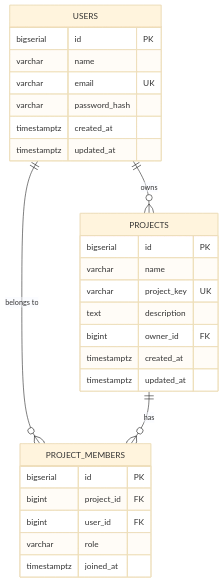
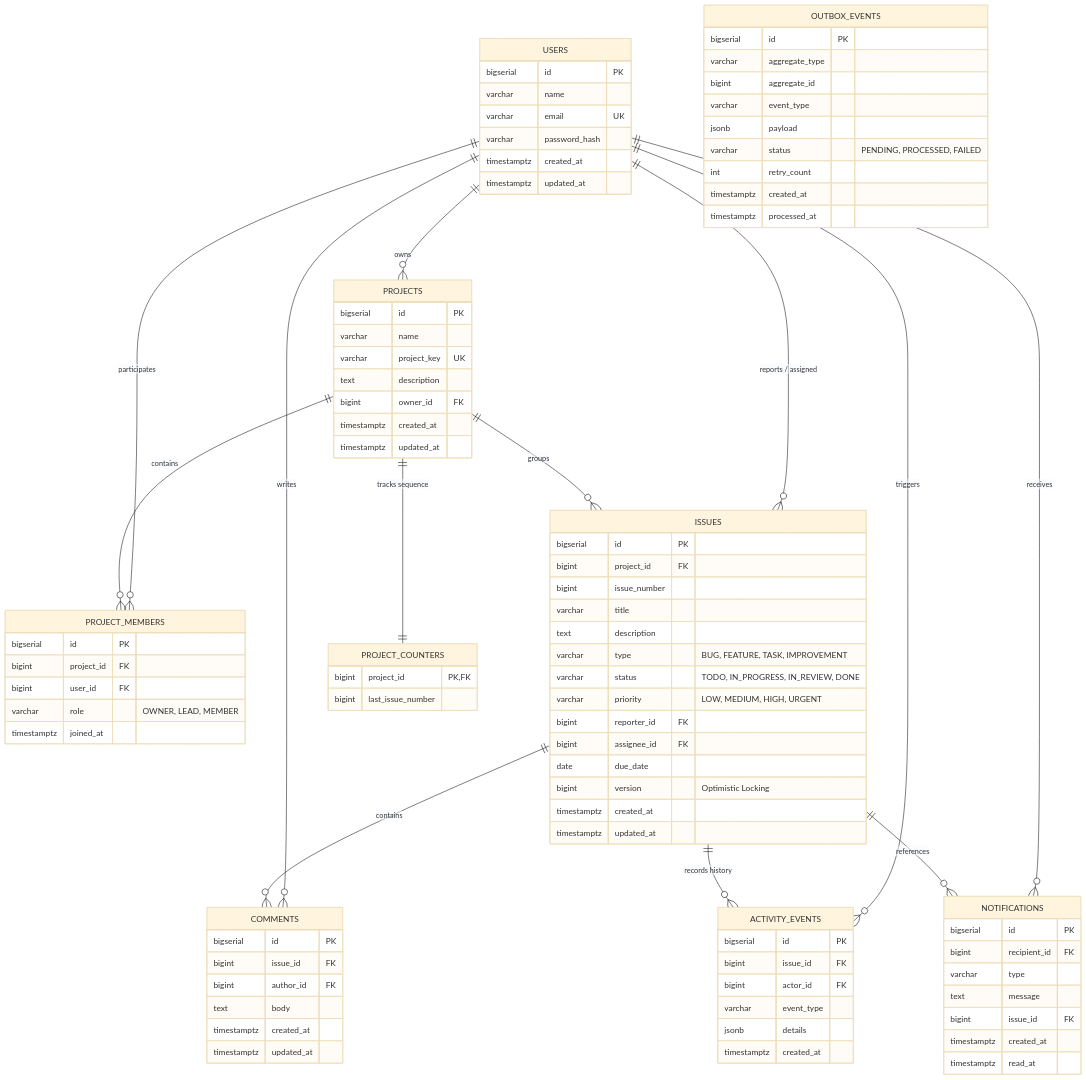
Before and after one commit to PrithviRajVerma/DevTrack: the second of 3 diagrams in README.md, drawn with Mermaid (base theme). The commit also changed other lines of this file, not shown here.

Commit message:
docs(readme): rewrite comprehensive root README with architecture, ERD, benchmarks, and API guides

````diff
--- a/README.md
+++ b/README.md
@@ -56,8 +79,19 @@
 ```mermaid
 erDiagram
     USERS ||--o{ PROJECTS : "owns"
-    USERS ||--o{ PROJECT_MEMBERS : "belongs to"
-    PROJECTS ||--o{ PROJECT_MEMBERS : "has"
+    USERS ||--o{ PROJECT_MEMBERS : "participates"
+    USERS ||--o{ ISSUES : "reports / assigned"
+    USERS ||--o{ COMMENTS : "writes"
+    USERS ||--o{ ACTIVITY_EVENTS : "triggers"
+    USERS ||--o{ NOTIFICATIONS : "receives"
+
+    PROJECTS ||--o{ PROJECT_MEMBERS : "contains"
+    PROJECTS ||--o{ ISSUES : "groups"
+    PROJECTS ||--|| PROJECT_COUNTERS : "tracks sequence"
+
+    ISSUES ||--o{ COMMENTS : "contains"
+    ISSUES ||--o{ ACTIVITY_EVENTS : "records history"
+    ISSUES ||--o{ NOTIFICATIONS : "references"
 
     USERS {
         bigserial id PK
@@ -82,7 +116,69 @@
         bigserial id PK
         bigint project_id FK
         bigint user_id FK
-        varchar role
+        varchar role "OWNER, LEAD, MEMBER"
         timestamptz joined_at
     }
+
+    PROJECT_COUNTERS {
+        bigint project_id PK, FK
+        bigint last_issue_number
+    }
+
+    ISSUES {
+        bigserial id PK
+        bigint project_id FK
+        bigint issue_number
+        varchar title
+        text description
+        varchar type "BUG, FEATURE, TASK, IMPROVEMENT"
+        varchar status "TODO, IN_PROGRESS, IN_REVIEW, DONE"
+        varchar priority "LOW, MEDIUM, HIGH, URGENT"
+        bigint reporter_id FK
+        bigint assignee_id FK
+        date due_date
+        bigint version "Optimistic Locking"
+        timestamptz created_at
+        timestamptz updated_at
+    }
+
+    COMMENTS {
+        bigserial id PK
+        bigint issue_id FK
+        bigint author_id FK
+        text body
+        timestamptz created_at
+        timestamptz updated_at
+    }
+
+    ACTIVITY_EVENTS {
+        bigserial id PK
+        bigint issue_id FK
+        bigint actor_id FK
+        varchar event_type
+        jsonb details
+        timestamptz created_at
+    }
+
+    NOTIFICATIONS {
+        bigserial id PK
+        bigint recipient_id FK
+        varchar type
+        text message
+        bigint issue_id FK
+        timestamptz created_at
+        timestamptz read_at
+    }
+
+    OUTBOX_EVENTS {
+        bigserial id PK
+        varchar aggregate_type
+        bigint aggregate_id
+        varchar event_type
+        jsonb payload
+        varchar status "PENDING, PROCESSED, FAILED"
+        int retry_count
+        timestamptz created_at
+        timestamptz processed_at
+    }
 ```
````
